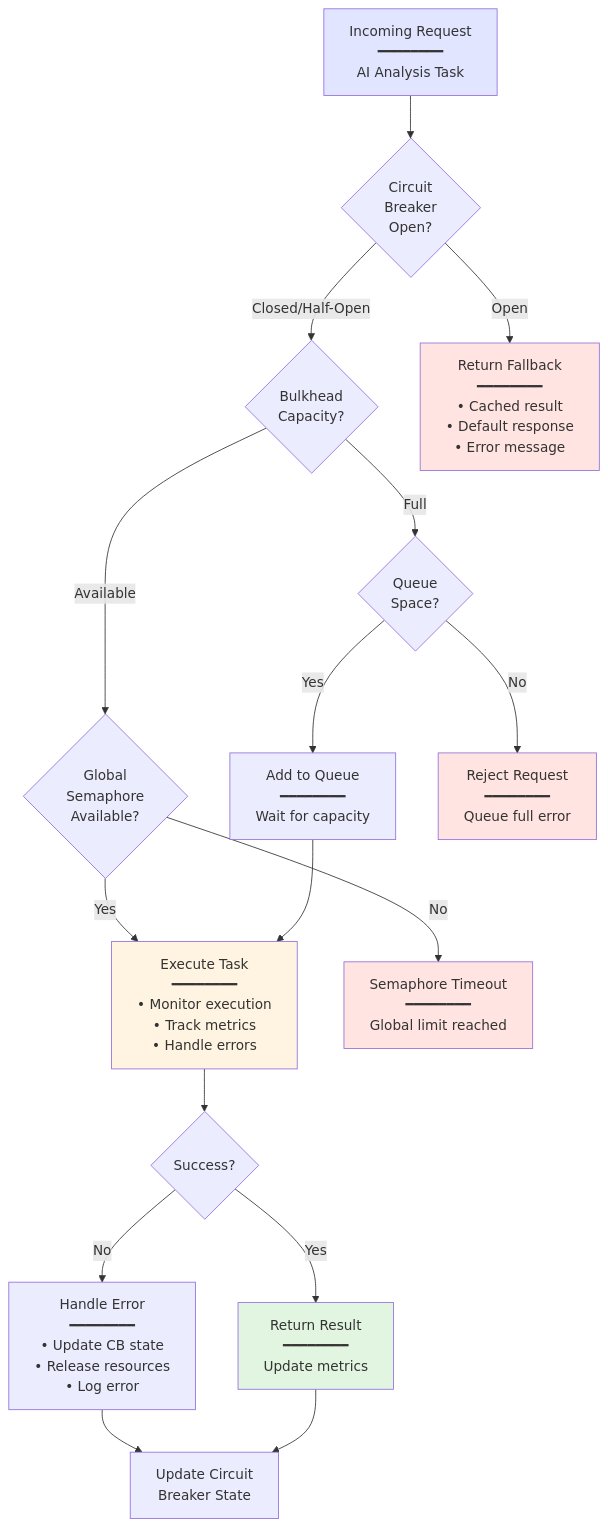
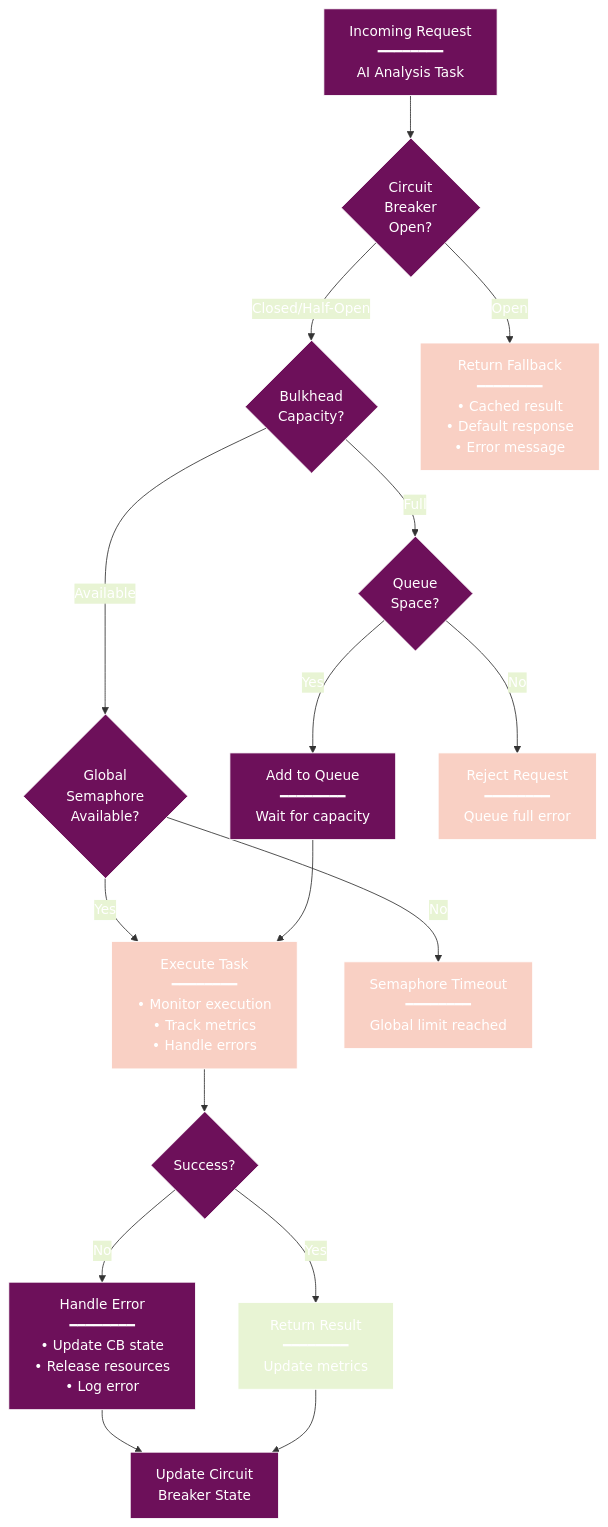
The third of 4 diagrams in docs/performance/BULKHEAD_PATTERN.md (radicalkjax/Athena), drawn with Mermaid before and after one commit. The commit also changed other lines of this file and 27 other files, not shown here.

Commit message:
Introduction of expo package manager. Updated docs to reflect changes. Unified mermaid theme for docs.

````diff
--- a/docs/performance/BULKHEAD_PATTERN.md
+++ b/docs/performance/BULKHEAD_PATTERN.md
@@ -233,32 +275,53 @@
 ```mermaid
+%%{init: {
+  'theme': 'base',
+  'themeVariables': {
+    'primaryColor': '#6d105a',
+    'primaryTextColor': '#ffffff',
+    'primaryBorderColor': '#ffffff',
+    'lineColor': '#333333',
+    'secondaryColor': '#e8f4d4',
+    'secondaryTextColor': '#333333',
+    'secondaryBorderColor': '#333333',
+    'tertiaryColor': '#f9d0c4',
+    'tertiaryTextColor': '#333333',
+    'tertiaryBorderColor': '#333333',
+    'background': '#ffffff',
+    'mainBkg': '#6d105a',
+    'secondBkg': '#e8f4d4',
+    'tertiaryBkg': '#f9d0c4',
+    'textColor': '#333333',
+    'fontFamily': 'Arial, sans-serif'
+  }
+}}%%
 flowchart TD
     Request[Incoming Request<br/>━━━━━━━━<br/>AI Analysis Task] --> CB{Circuit<br/>Breaker<br/>Open?}
     
     CB -->|Closed/Half-Open| BH{Bulkhead<br/>Capacity?}
     CB -->|Open| Fallback[Return Fallback<br/>━━━━━━━━<br/>• Cached result<br/>• Default response<br/>• Error message]
     
     BH -->|Available| Semaphore{Global<br/>Semaphore<br/>Available?}
     BH -->|Full| Queue{Queue<br/>Space?}
     
     Queue -->|Yes| Queued[Add to Queue<br/>━━━━━━━━<br/>Wait for capacity]
     Queue -->|No| Rejected[Reject Request<br/>━━━━━━━━<br/>Queue full error]
     
     Semaphore -->|Yes| Execute[Execute Task<br/>━━━━━━━━<br/>• Monitor execution<br/>• Track metrics<br/>• Handle errors]
     Semaphore -->|No| SemaphoreTimeout[Semaphore Timeout<br/>━━━━━━━━<br/>Global limit reached]
     
     Execute --> Success{Success?}
     Queued --> Execute
     
     Success -->|Yes| ReturnResult[Return Result<br/>━━━━━━━━<br/>Update metrics]
     Success -->|No| HandleError[Handle Error<br/>━━━━━━━━<br/>• Update CB state<br/>• Release resources<br/>• Log error]
     
     HandleError --> CBUpdate[Update Circuit<br/>Breaker State]
     ReturnResult --> CBUpdate
     
-    style Request fill:#e1e5ff
-    style Fallback fill:#ffe4e1
-    style Rejected fill:#ffe4e1
-    style SemaphoreTimeout fill:#ffe4e1
-    style ReturnResult fill:#e1f5e1
-    style Execute fill:#fff4e1
+    style Request fill:#6d105a
+    style Fallback fill:#f9d0c4
+    style Rejected fill:#f9d0c4
+    style SemaphoreTimeout fill:#f9d0c4
+    style ReturnResult fill:#e8f4d4
+    style Execute fill:#f9d0c4
 ```
````
